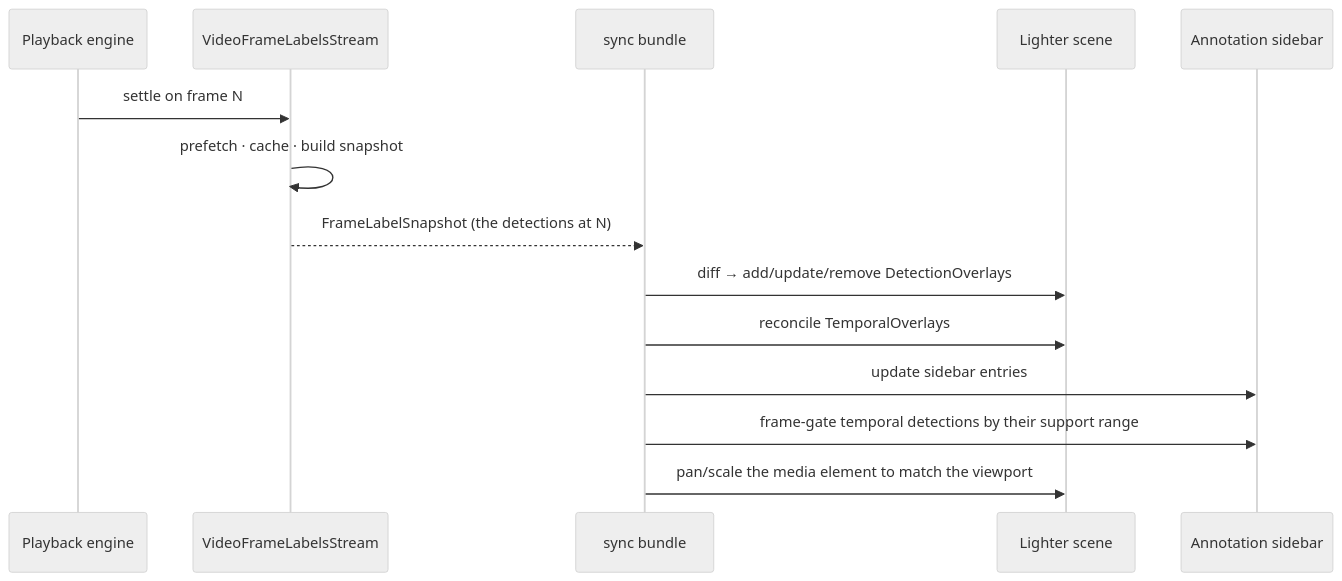
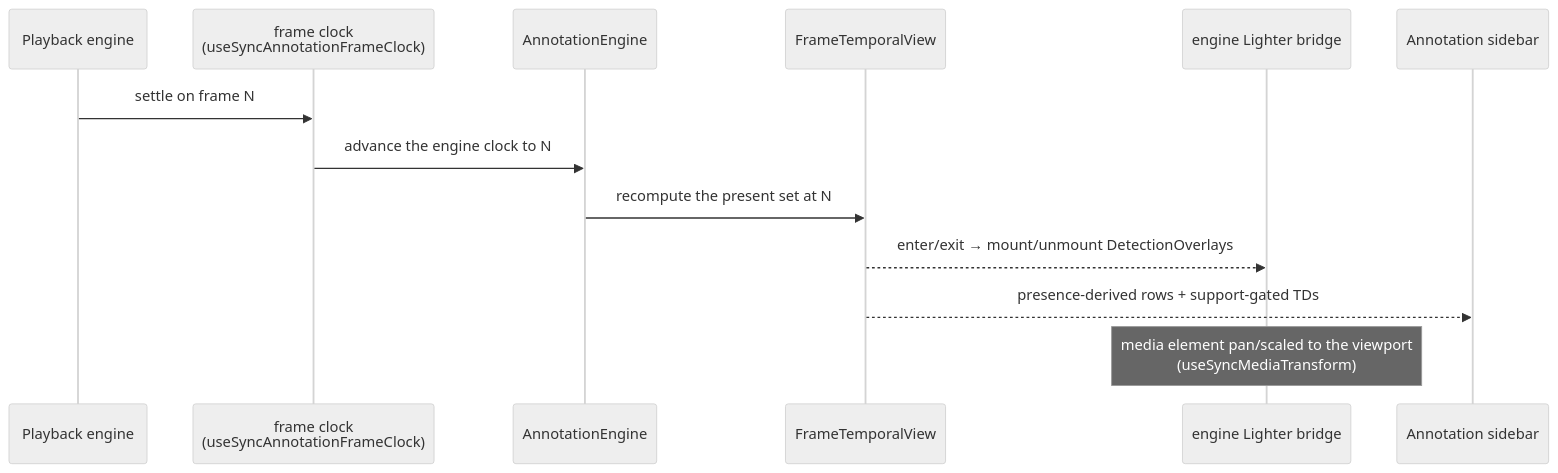
The first of 5 diagrams in app/packages/video-annotation/README.md (voxel51/fiftyone), drawn with Mermaid (neutral theme) before and after one commit. The commit also changed other lines of this file, not shown here.

Commit message:
docs(video-annotation): rewrite the README for the engine-based architecture

````diff
--- a/app/packages/video-annotation/README.md
+++ b/app/packages/video-annotation/README.md
@@ -55,17 +70,16 @@
 ```mermaid
 sequenceDiagram
     participant PB as Playback engine
-    participant S as VideoFrameLabelsStream
-    participant B as sync bundle
-    participant L as Lighter scene
+    participant CK as frame clock<br/>(useSyncAnnotationFrameClock)
+    participant EN as AnnotationEngine
+    participant TV as FrameTemporalView
+    participant BR as engine Lighter bridge
     participant SB as Annotation sidebar
 
-    PB->>S: settle on frame N
-    S->>S: prefetch · cache · build snapshot
-    S-->>B: FrameLabelSnapshot (the detections at N)
-    B->>L: diff → add/update/remove DetectionOverlays
-    B->>L: reconcile TemporalOverlays
-    B->>SB: update sidebar entries
-    B->>SB: frame-gate temporal detections by their support range
-    B->>L: pan/scale the media element to match the viewport
+    PB->>CK: settle on frame N
+    CK->>EN: advance the engine clock to N
+    EN->>TV: recompute the present set at N
+    TV-->>BR: enter/exit → mount/unmount DetectionOverlays
+    TV-->>SB: presence-derived rows + support-gated TDs
+    Note over BR: media element pan/scaled to the viewport<br/>(useSyncMediaTransform)
 ```
````
